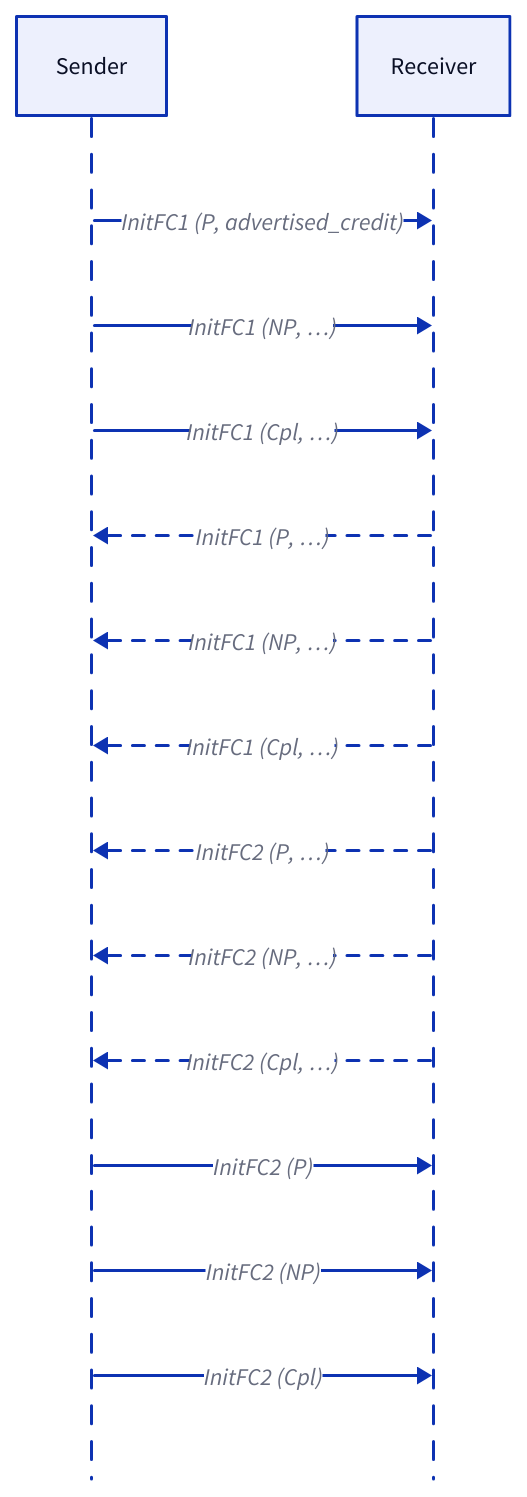
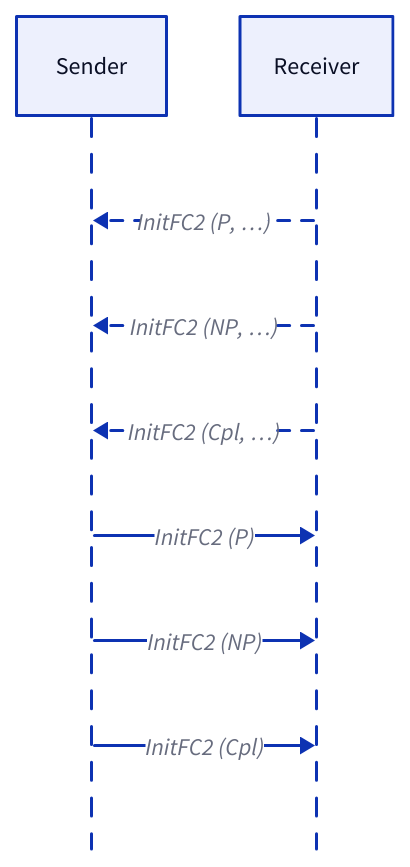
One commit to humbleowl39/DV_SKOOL changed the fourth of 4 diagrams in topics/pcie/docs/04_dllp_flow_control.md. Above: the diagram before and after it, drawn with D2. The commit also changed other lines of this file and 90 other files, not shown here.

First line of the commit message:
docs: 전 토픽 다이어그램 정비 — ASCII→D2, mermaid→D2, 과대 D2 가시성 수정

````diff
--- a/topics/pcie/docs/04_dllp_flow_control.md
+++ b/topics/pcie/docs/04_dllp_flow_control.md
@@ -353,20 +346,13 @@
 ```d2
 shape: sequence_diagram
 
 S: "Sender"
 R: "Receiver"
 
-# Note over S: 양 끝 모두 FC2 보낸 후 FC initialization complete\nDL_Active 상태 → 정상 traffic (UpdateFC 로 credit 갱신)
-S -> R: "InitFC1 (P, advertised_credit)"
-S -> R: "InitFC1 (NP, …)"
-S -> R: "InitFC1 (Cpl, …)"
-R -> S: "InitFC1 (P, …)" { style.stroke-dash: 4 }
-R -> S: "InitFC1 (NP, …)" { style.stroke-dash: 4 }
-R -> S: "InitFC1 (Cpl, …)" { style.stroke-dash: 4 }
 R -> S: "InitFC2 (P, …)" { style.stroke-dash: 4 }
 R -> S: "InitFC2 (NP, …)" { style.stroke-dash: 4 }
 R -> S: "InitFC2 (Cpl, …)" { style.stroke-dash: 4 }
 S -> R: "InitFC2 (P)"
 S -> R: "InitFC2 (NP)"
 S -> R: "InitFC2 (Cpl)"
 ```
````
